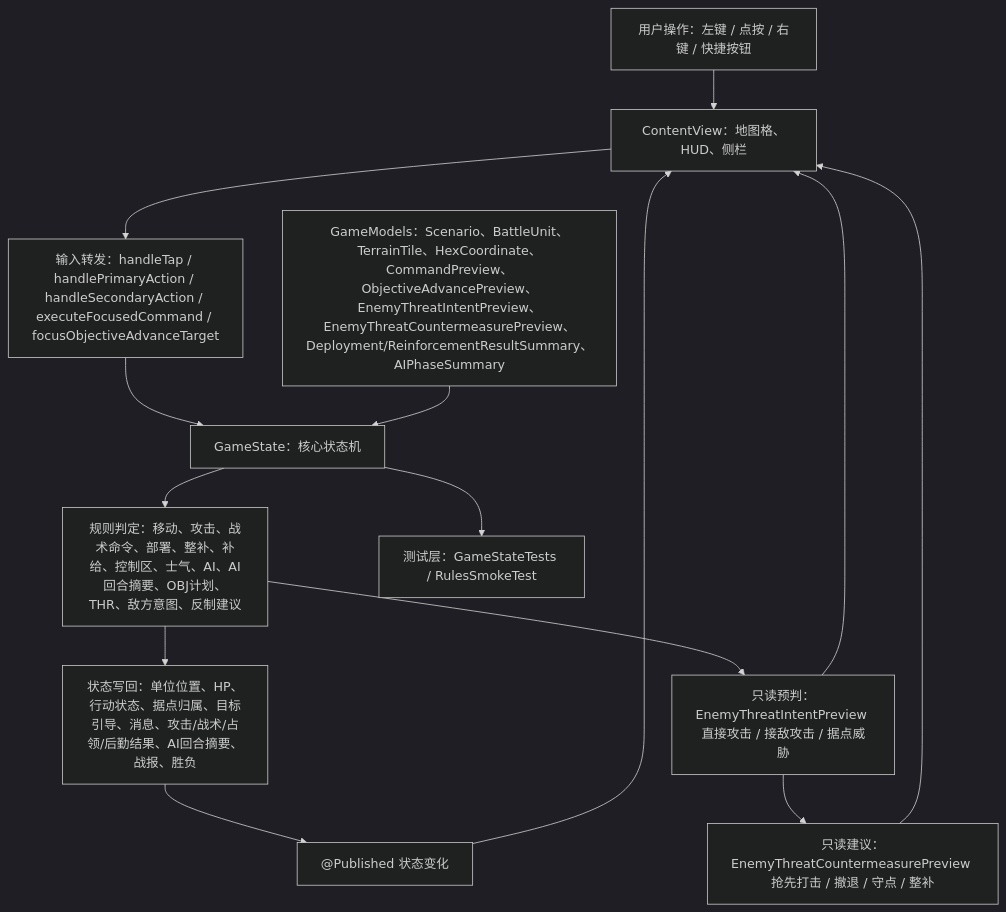
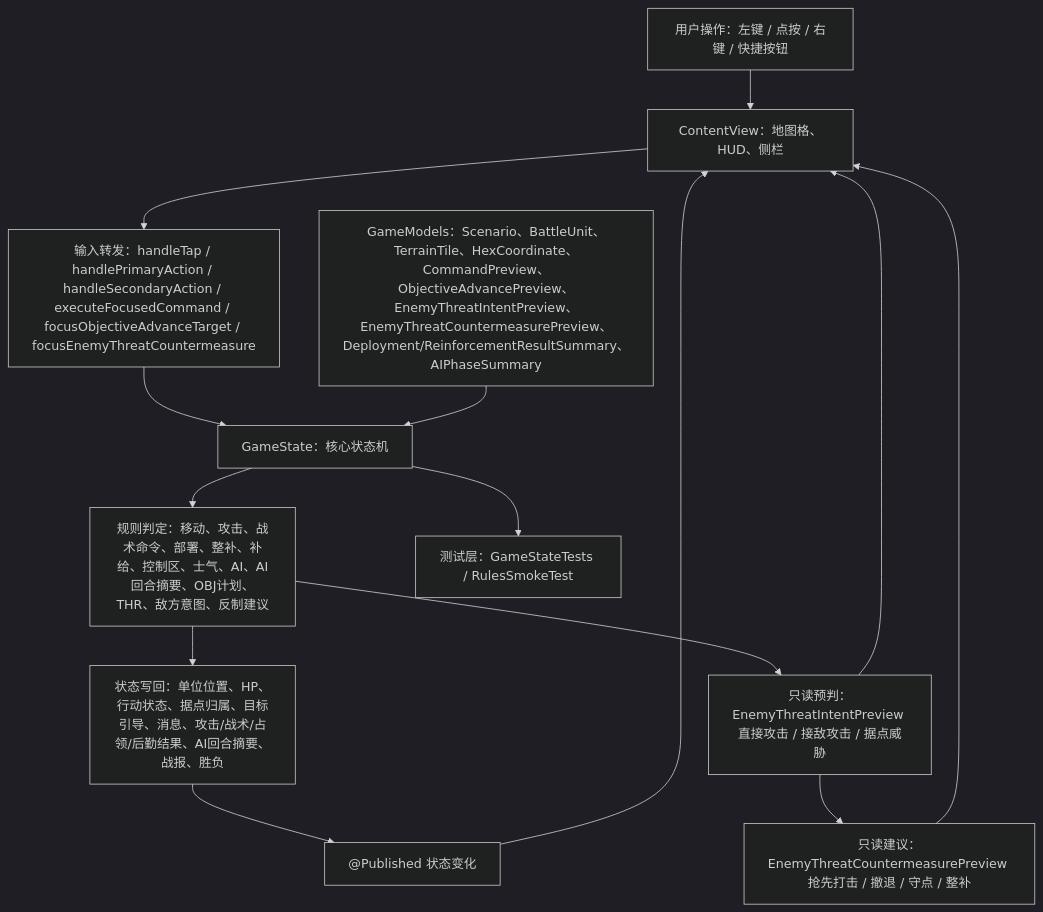
Before and after one commit to Altman-sam114/116: the first of 5 diagrams in md/flow/flowchart.md, drawn with Mermaid (dark theme). The commit also changed other lines of this file and 9 other files, not shown here.

````diff
--- a/md/flow/flowchart.md
+++ b/md/flow/flowchart.md
@@ -9,16 +9,16 @@
 ```mermaid
 flowchart TD
   U["用户操作：左键 / 点按 / 右键 / 快捷按钮"] --> V["ContentView：地图格、HUD、侧栏"]
-  V --> I["输入转发：handleTap / handlePrimaryAction / handleSecondaryAction / executeFocusedCommand / focusObjectiveAdvanceTarget"]
+  V --> I["输入转发：handleTap / handlePrimaryAction / handleSecondaryAction / executeFocusedCommand / focusObjectiveAdvanceTarget / focusEnemyThreatCountermeasure"]
   I --> S["GameState：核心状态机"]
   M["GameModels：Scenario、BattleUnit、TerrainTile、HexCoordinate、CommandPreview、ObjectiveAdvancePreview、EnemyThreatIntentPreview、EnemyThreatCountermeasurePreview、Deployment/ReinforcementResultSummary、AIPhaseSummary"] --> S
   S --> R["规则判定：移动、攻击、战术命令、部署、整补、补给、控制区、士气、AI、AI回合摘要、OBJ计划、THR、敌方意图、反制建议"]
   R --> W["状态写回：单位位置、HP、行动状态、据点归属、目标引导、消息、攻击/战术/占领/后勤结果、AI回合摘要、战报、胜负"]
   R --> EI["只读预判：EnemyThreatIntentPreview 直接攻击 / 接敌攻击 / 据点威胁"]
   EI --> EC["只读建议：EnemyThreatCountermeasurePreview 抢先打击 / 撤退 / 守点 / 整补"]
   W --> P["@Published 状态变化"]
   P --> V
   EI --> V
   EC --> V
   S --> T["测试层：GameStateTests / RulesSmokeTest"]
 ```
````
